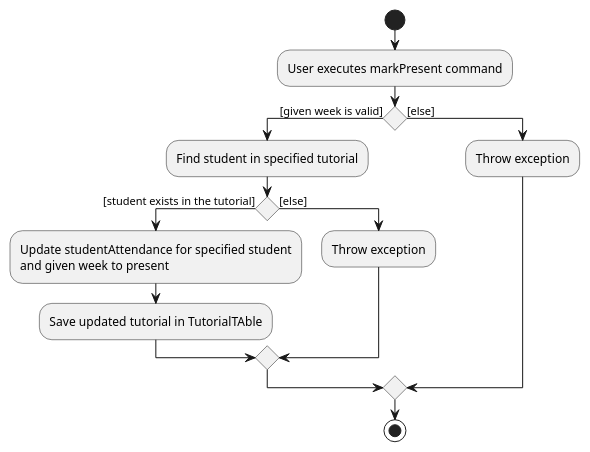
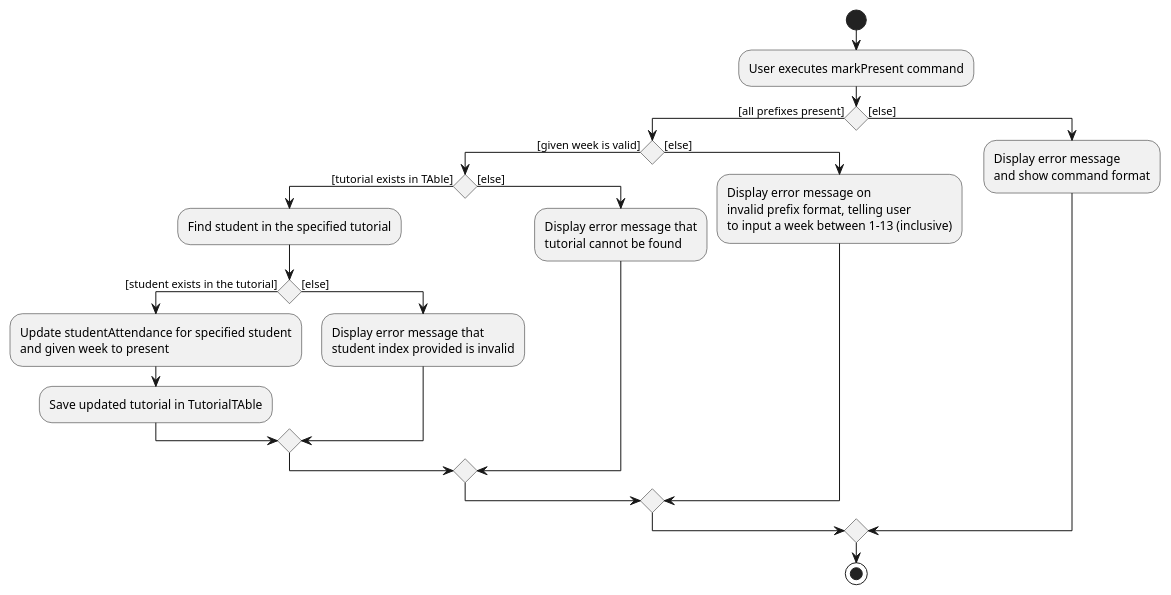
Before and after one commit to suwoons/main: the diagram in docs/diagrams/TutorialMarkPresentActivityDiagram.puml, drawn with PlantUML. The commit also changed 10 other files, not shown here.

```diff
--- a/docs/diagrams/TutorialMarkPresentActivityDiagram.puml
+++ b/docs/diagrams/TutorialMarkPresentActivityDiagram.puml
@@ -1,20 +1,33 @@
 @startuml
 start
 :User executes markPresent command;
 
-if () then ([given week is valid])
-:Find student in specified tutorial;
+if () then ([all prefixes present])
+    if () then ([given week is valid])
+        if () then ([tutorial exists in TAble])
+            :Find student in the specified tutorial;
 
-if () then ([student exists in the tutorial])
-    :Update studentAttendance for specified student
-    and given week to present;
-    :Save updated tutorial in TutorialTAble;
+            if () then ([student exists in the tutorial])
+                :Update studentAttendance for specified student
+                and given week to present;
+                :Save updated tutorial in TutorialTAble;
+            else ([else])
+                :Display error message that
+                student index provided is invalid;
+            endif
+        else ([else])
+            :Display error message that
+            tutorial cannot be found;
+        endif
+    else ([else])
+        :Display error message on
+        invalid prefix format, telling user
+        to input a week between 1-13 (inclusive);
+    endif
 else ([else])
-    :Throw exception;
-endif
-else ([else])
-    :Throw exception;
+   :Display error message
+   and show command format;
 endif
 
 stop
 @enduml
```
